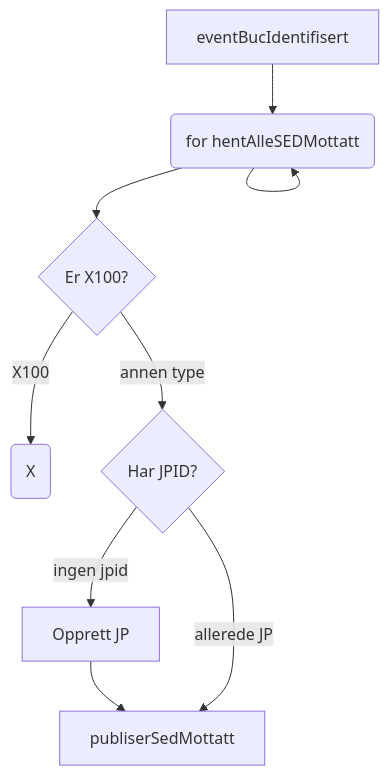
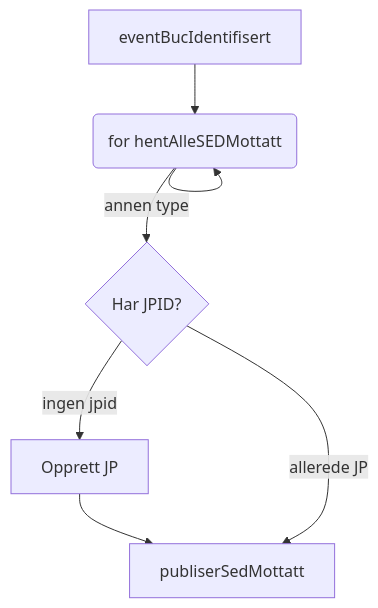
The diagram in diagrammer/BucIdentifisert.md (navikt/melosys-eessi), drawn with Mermaid before and after one commit. The commit also changed 9 other files, not shown here.

````diff
--- a/diagrammer/BucIdentifisert.md
+++ b/diagrammer/BucIdentifisert.md
@@ -2,13 +2,10 @@
 ```mermaid
 flowchart
     eventBucIdentifisert --> forHentAlleSedMottatt(for hentAlleSEDMottatt)
     forHentAlleSedMottatt --> forHentAlleSedMottatt
-    forHentAlleSedMottatt --> sedIdentifisertType{Er X100?}
-
-    sedIdentifisertType --X100--> sedIdentifisertErX100(X)
-    sedIdentifisertType --annen type--> harJpid{Har JPID?}
+    forHentAlleSedMottatt --annen type--> harJpid{Har JPID?}
 
     harJpid --ingen jpid--> opprettJp[Opprett JP]
     opprettJp --> publiserSedMottatt
     harJpid --allerede JP--> publiserSedMottatt
 ```
````
